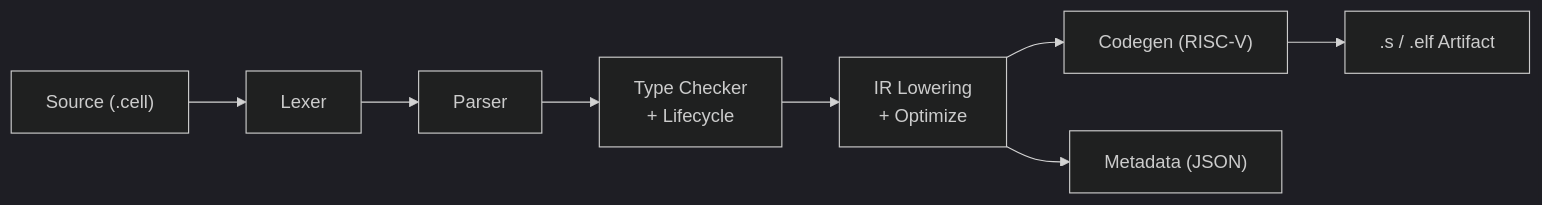
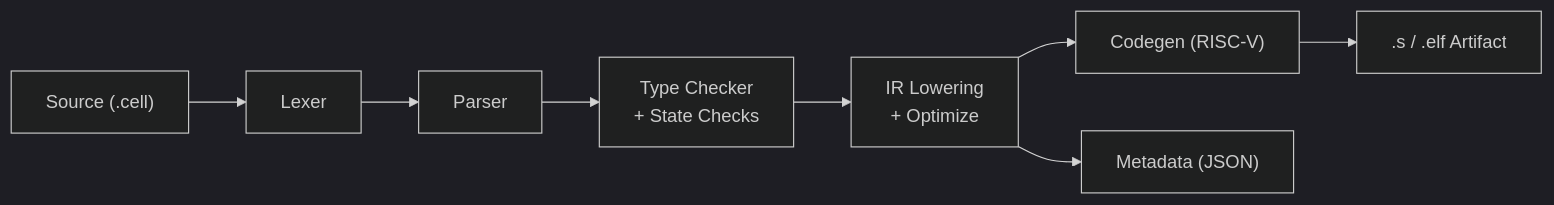
The first of 2 diagrams in README_CH.md (CellScript-Labs/CellScript), drawn with Mermaid (dark theme) before and after one commit. The commit also changed other lines of this file and 32 other files, not shown here.

````diff
--- a/README_CH.md
+++ b/README_CH.md
@@ -298,10 +298,10 @@
 ```mermaid
 graph LR
     Source["Source (.cell)"] --> Lexer
     Lexer --> Parser
-    Parser --> TypeCheck["Type Checker\n+ Lifecycle"]
+    Parser --> TypeCheck["Type Checker\n+ State Checks"]
     TypeCheck --> IRLower["IR Lowering\n+ Optimize"]
     IRLower --> Codegen["Codegen (RISC-V)"]
     IRLower --> Metadata["Metadata (JSON)"]
     Codegen --> Artifact[".s / .elf Artifact"]
 ```
````
